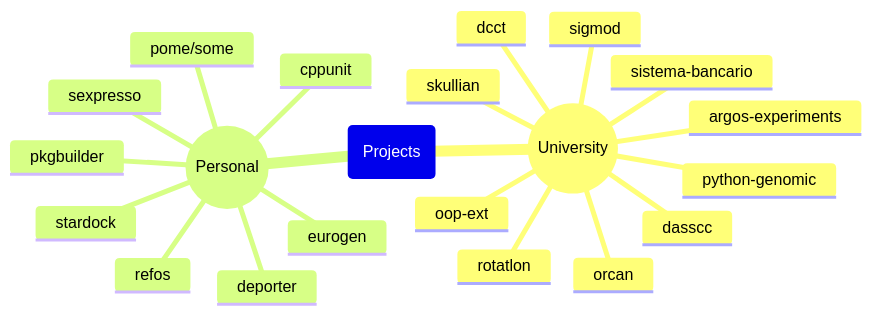
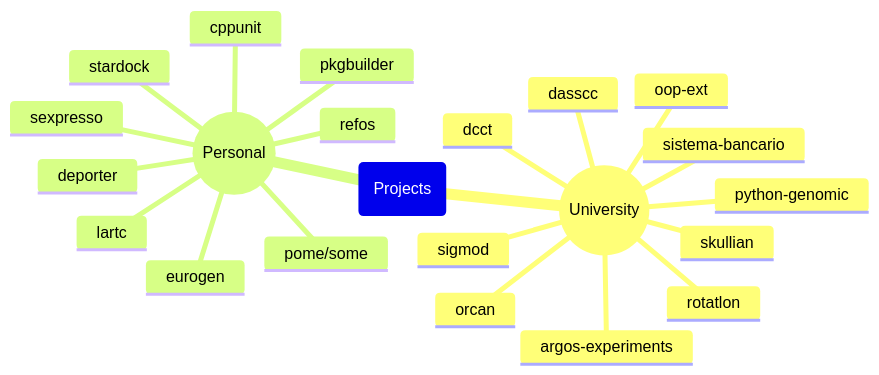
Before and after one commit to frefolli/frefolli: the sixth of 6 diagrams in README.md, drawn with Mermaid. The commit also changed 1 other file, not shown here.

````diff
--- a/README.md
+++ b/README.md
@@ -132,24 +132,25 @@
 ```mermaid
 mindmap
   root(Projects)
     ((University))
       skullian
       dcct
       dasscc
       python-genomic
       sigmod
       orcan
       argos-experiments
       oop-ext
       sistema-bancario
       rotatlon
     ((Personal))
+      lartc
       stardock
       deporter
       eurogen
       cppunit
       sexpresso
       pkgbuilder
       pome/some
       refos
 ```
````
